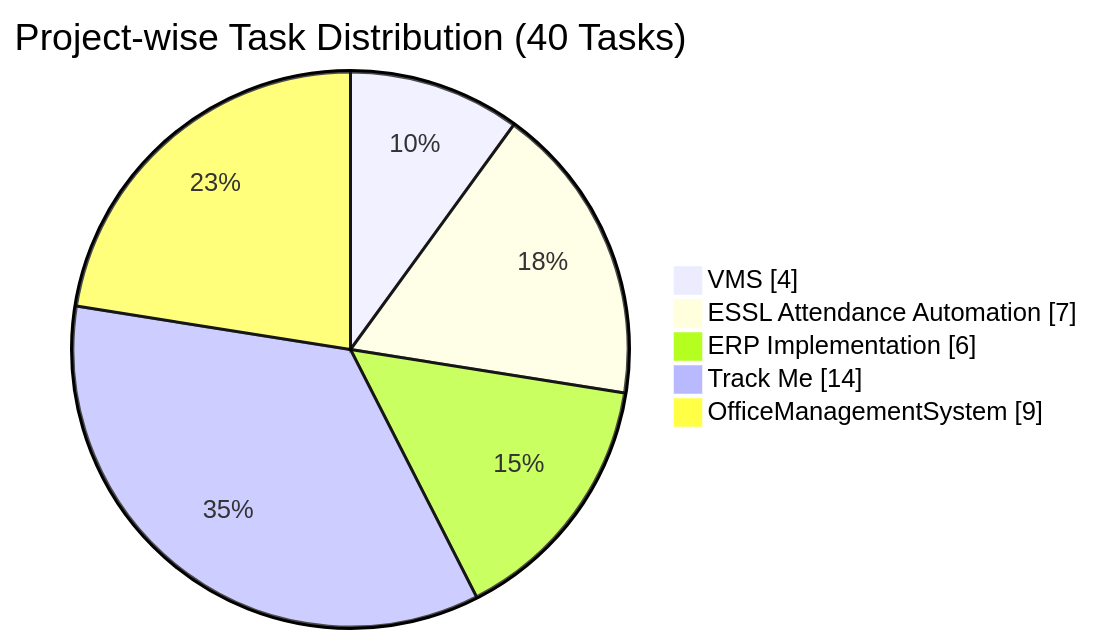
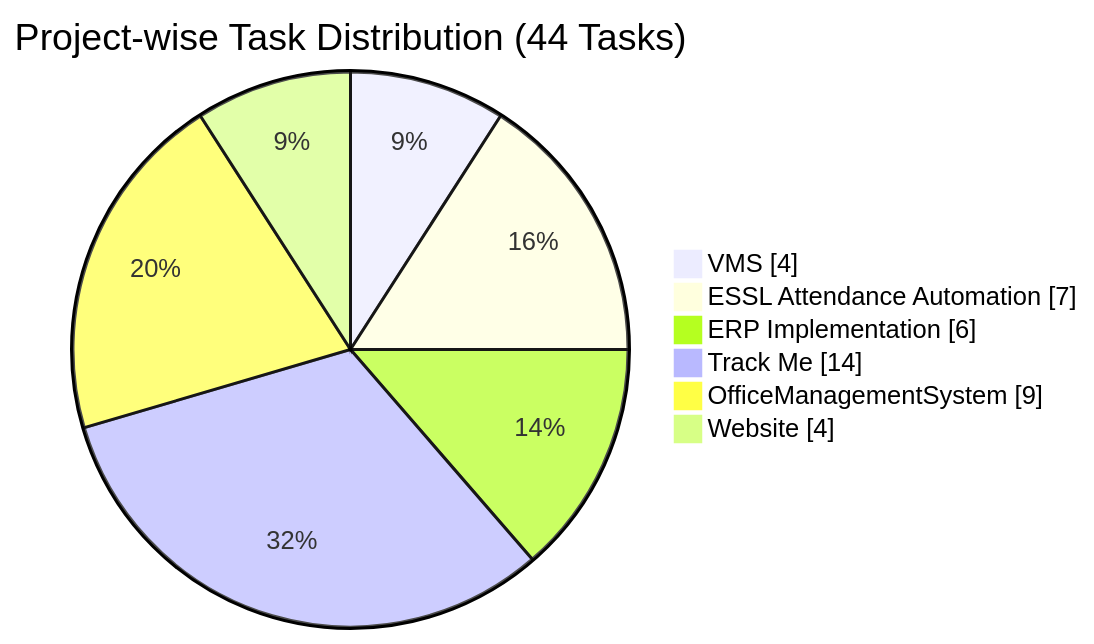
Before and after one commit to Realityspeaker/My-Work-Diary: the first of 3 diagrams in Global_Summary.md, drawn with Mermaid. The commit also changed other lines of this file, not shown here.

Commit message:
Update task metrics and project summaries

````diff
--- a/Global_Summary.md
+++ b/Global_Summary.md
@@ -27,9 +27,10 @@
 ```mermaid
 pie showData
-    title Project-wise Task Distribution (40 Tasks)
+    title Project-wise Task Distribution (44 Tasks)
     "VMS" : 4
     "ESSL Attendance Automation" : 7
     "ERP Implementation" : 6
     "Track Me" : 14
     "OfficeManagementSystem" : 9
+    "Website" : 4
 ```
````
